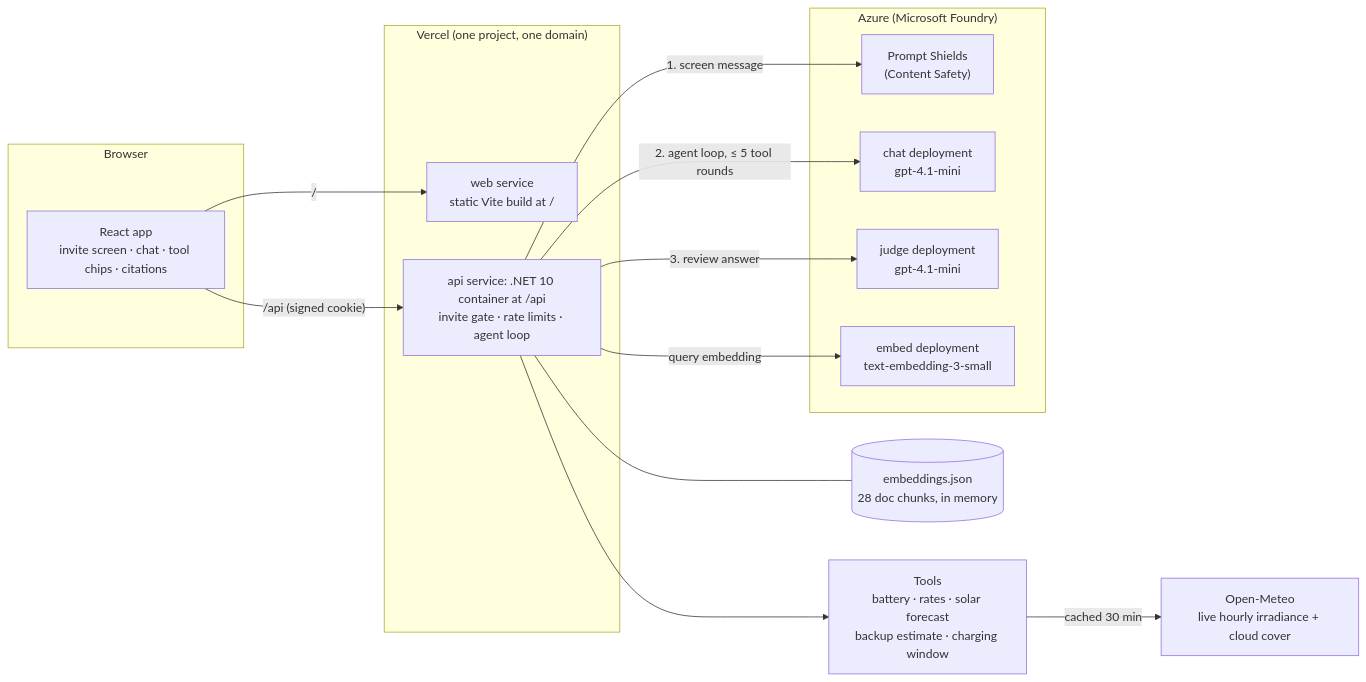
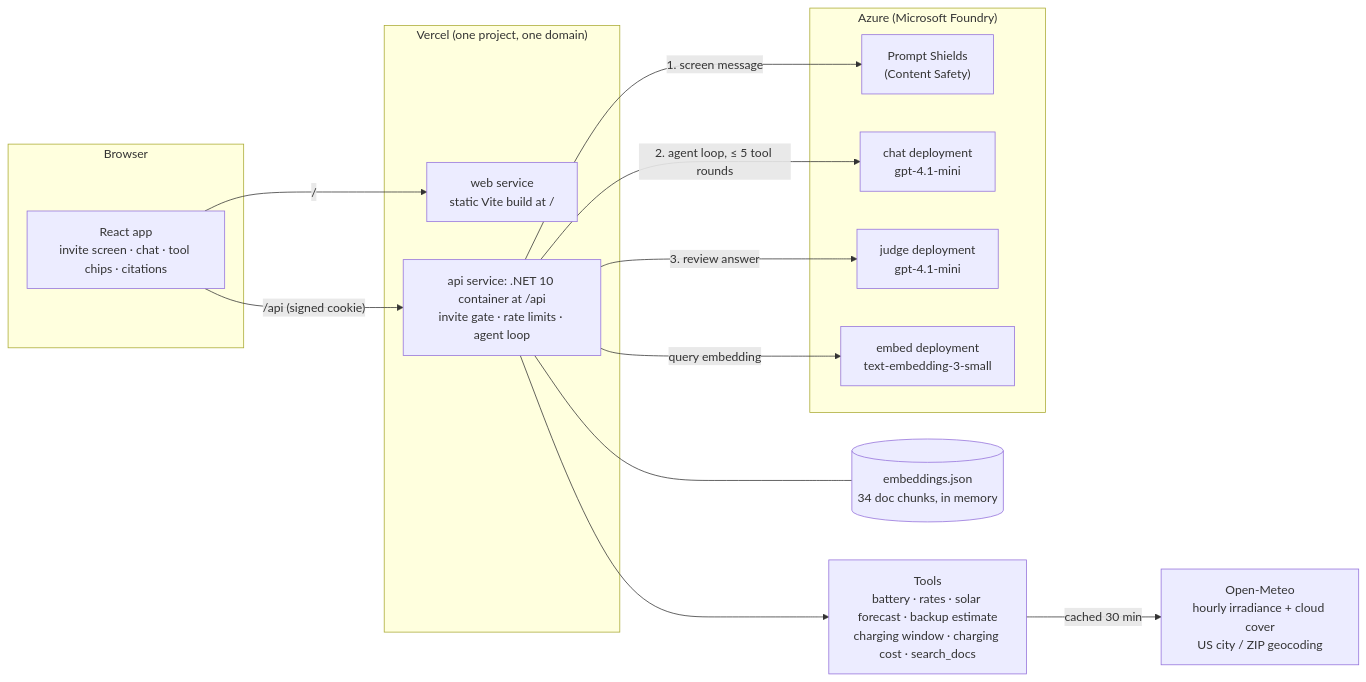
Before and after one commit to JasonAdamHD/kilowattcher: the diagram in README.md, drawn with Mermaid. The commit also changed other lines of this file, not shown here.

Commit message:
docs: README matches the current suite, tools, and limits (#20)

````diff
--- a/README.md
+++ b/README.md
@@ -26,32 +27,32 @@
 ```mermaid
 flowchart LR
     subgraph Browser
         UI["React app<br/>invite screen · chat · tool chips · citations"]
     end
 
     subgraph Vercel["Vercel (one project, one domain)"]
         WEB["web service<br/>static Vite build at /"]
         API["api service: .NET 10 container at /api<br/>invite gate · rate limits · agent loop"]
     end
 
     subgraph Azure["Azure (Microsoft Foundry)"]
         SHIELD["Prompt Shields<br/>(Content Safety)"]
         CHAT["chat deployment<br/>gpt-4.1-mini"]
         JUDGE["judge deployment<br/>gpt-4.1-mini"]
         EMBED["embed deployment<br/>text-embedding-3-small"]
     end
 
-    DATA[("embeddings.json<br/>28 doc chunks, in memory")]
-    TOOLS["Tools<br/>battery · rates · solar forecast<br/>backup estimate · charging window"]
-    METEO["Open-Meteo<br/>live hourly irradiance + cloud cover"]
+    DATA[("embeddings.json<br/>34 doc chunks, in memory")]
+    TOOLS["Tools<br/>battery · rates · solar forecast · backup estimate<br/>charging window · charging cost · search_docs"]
+    METEO["Open-Meteo<br/>hourly irradiance + cloud cover<br/>US city / ZIP geocoding"]
 
     UI -->|"/"| WEB
     UI -->|"/api (signed cookie)"| API
     API -->|1. screen message| SHIELD
     API -->|2. agent loop, ≤ 5 tool rounds| CHAT
     API --> TOOLS
     TOOLS -->|"cached 30 min"| METEO
     API -->|query embedding| EMBED
     API --- DATA
     API -->|3. review answer| JUDGE
 ```
````
